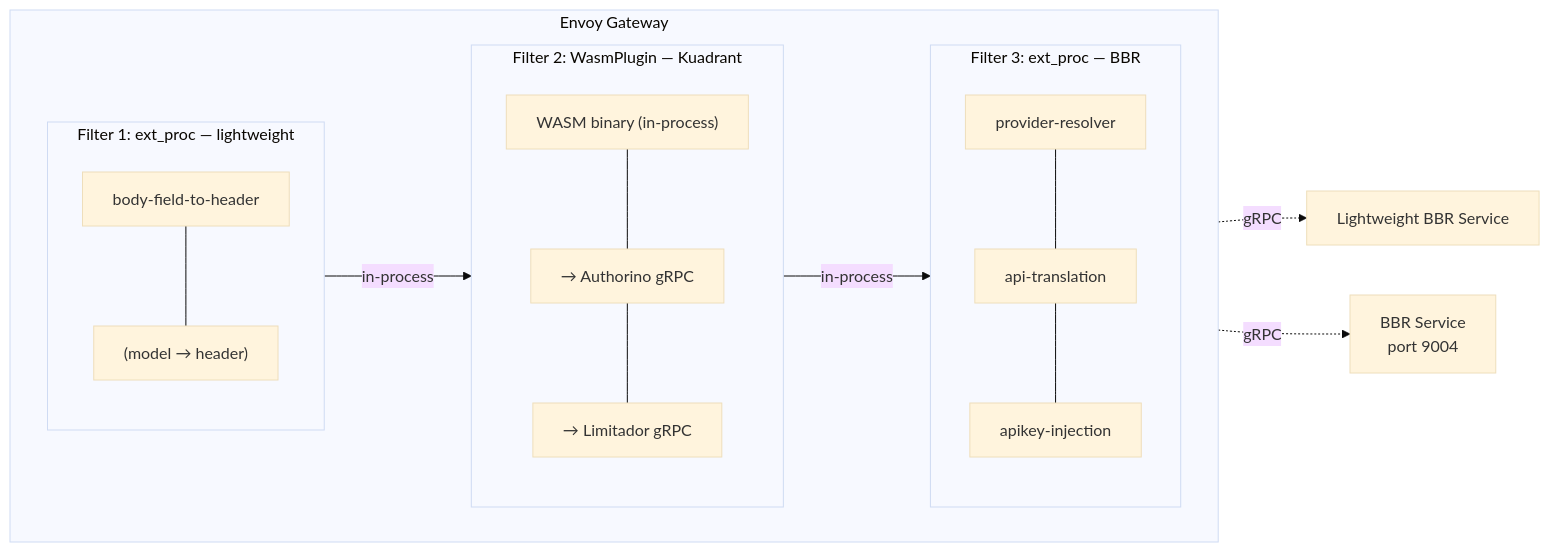
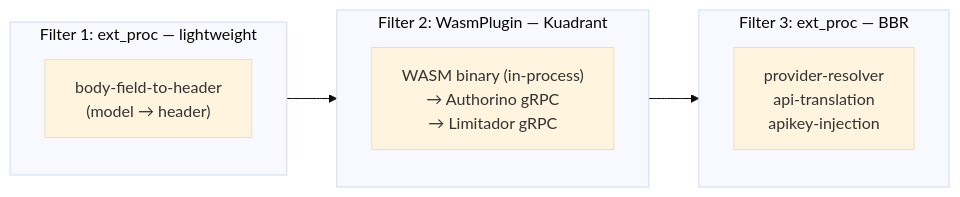
Before and after one commit to noyitz/maas-designs: the third of 11 diagrams in unified-gateway-bbr-proposal/proposal.md, drawn with Mermaid (base theme). The commit also changed other lines of this file, not shown here.

Commit message:
Simplify all diagrams: compact single-node per filter, remove arrow labels, eliminate dead space

````diff
--- a/unified-gateway-bbr-proposal/proposal.md
+++ b/unified-gateway-bbr-proposal/proposal.md
@@ -167,29 +135,13 @@
 ```mermaid
 graph LR
-    subgraph envoy["Envoy Gateway"]
-        direction LR
-        subgraph filter1["Filter 1: ext_proc — lightweight"]
-            direction TB
-            L1["body-field-to-header"]
-            L2["(model → header)"]
-            L1 --- L2
-        end
-        subgraph filter2["Filter 2: WasmPlugin — Kuadrant"]
-            direction TB
-            W1["WASM binary (in-process)"]
-            W2["→ Authorino gRPC"]
-            W3["→ Limitador gRPC"]
-            W1 --- W2 --- W3
-        end
-        subgraph filter3["Filter 3: ext_proc — BBR"]
-            direction TB
-            B1["provider-resolver"]
-            B2["api-translation"]
-            B3["apikey-injection"]
-            B1 --- B2 --- B3
-        end
-        filter1 -->|in-process| filter2 -->|in-process| filter3
+    subgraph f1["Filter 1: ext_proc — lightweight"]
+        A["body-field-to-header<br/>(model → header)"]
     end
-    filter1 -.->|gRPC| ExtLight["Lightweight BBR Service"]
-    filter3 -.->|gRPC| ExtBBR["BBR Service<br/>port 9004"]
+    subgraph f2["Filter 2: WasmPlugin — Kuadrant"]
+        B["WASM binary (in-process)<br/>→ Authorino gRPC<br/>→ Limitador gRPC"]
+    end
+    subgraph f3["Filter 3: ext_proc — BBR"]
+        C["provider-resolver<br/>api-translation<br/>apikey-injection"]
+    end
+    f1 --> f2 --> f3
 ```
````
